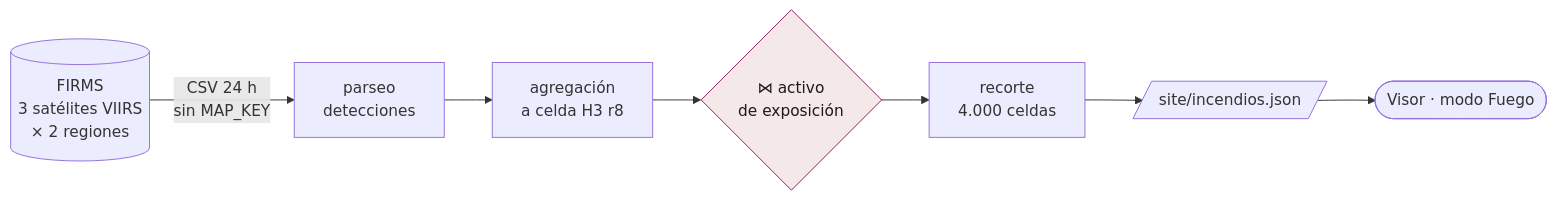
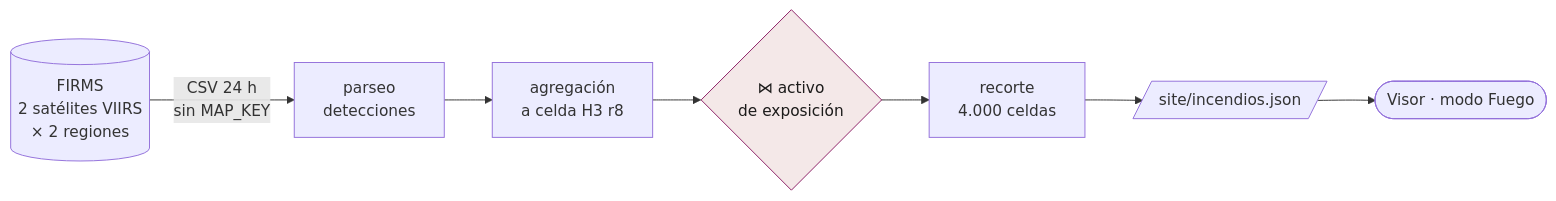
Before and after one commit to sforero77/CENTINELA: the second of 3 diagrams in docs/arquitectura/flujo-de-datos.md, drawn with Mermaid. The commit also changed other lines of this file and 14 other files, not shown here.

````diff
--- a/docs/arquitectura/flujo-de-datos.md
+++ b/docs/arquitectura/flujo-de-datos.md
@@ -51,11 +51,11 @@
 ```mermaid
 flowchart LR
-  F1[("FIRMS<br/>3 satélites VIIRS<br/>× 2 regiones")] -->|"CSV 24 h<br/>sin MAP_KEY"| F2["parseo<br/>detecciones"]
+  F1[("FIRMS<br/>2 satélites VIIRS<br/>× 2 regiones")] -->|"CSV 24 h<br/>sin MAP_KEY"| F2["parseo<br/>detecciones"]
   F2 --> F3["agregación<br/>a celda H3 r8"]
   F3 --> F4{"⋈ activo<br/>de exposición"}
   F4 --> F5["recorte<br/>4.000 celdas"]
   F5 --> F6[/"site/incendios.json"/]
   F6 --> F7(["Visor · modo Fuego"])
 
   style F4 fill:#f4e8e8,stroke:#8c1d64,color:#1c1b1a
 ```
````
